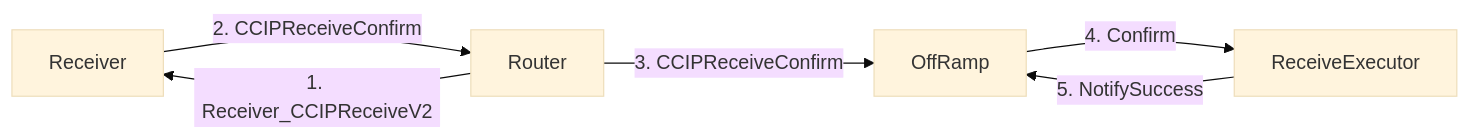
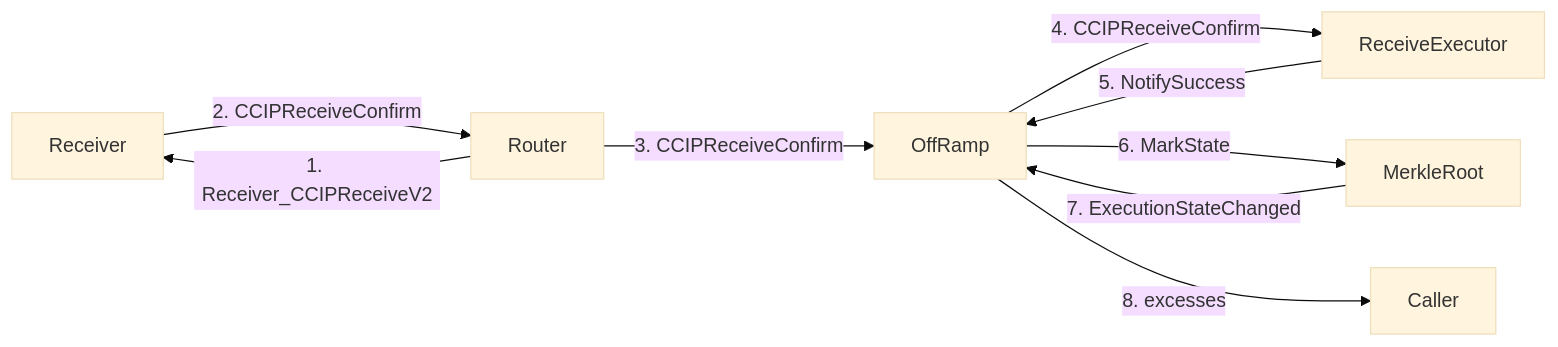
Before and after one commit to smartcontractkit/chainlink-ton: the fourth of 7 diagrams in docs/contracts/overview/ccip/offramp/arbitrary-msg.md, drawn with Mermaid (base theme). The commit also changed other lines of this file and 17 other files, not shown here.

````diff
--- a/docs/contracts/overview/ccip/offramp/arbitrary-msg.md
+++ b/docs/contracts/overview/ccip/offramp/arbitrary-msg.md
@@ -120,13 +162,18 @@
 ```mermaid
 graph LR
     RCV["Receiver"]
     R["Router"]
     OFR["OffRamp"]
     RE["ReceiveExecutor"]
+    MR["MerkleRoot"]
+    C["Caller"]
 
     R -->|1. Receiver_CCIPReceiveV2| RCV
     RCV -->|2. CCIPReceiveConfirm| R
     R -->|3. CCIPReceiveConfirm| OFR
-    OFR -->|4. Confirm| RE
+    OFR -->|4. CCIPReceiveConfirm| RE
     RE -->|5. NotifySuccess| OFR
+    OFR -->|6. MarkState| MR
+    MR -->|7. ExecutionStateChanged| OFR
+    OFR -->|8. excesses| C
 ```
````
